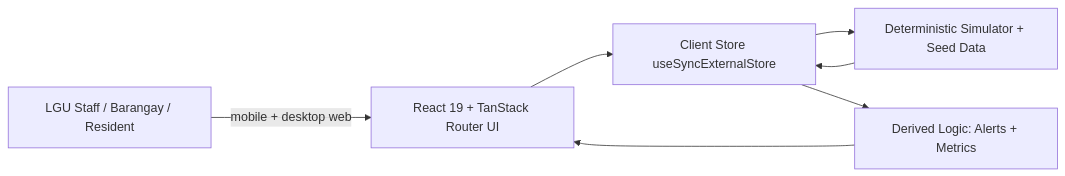
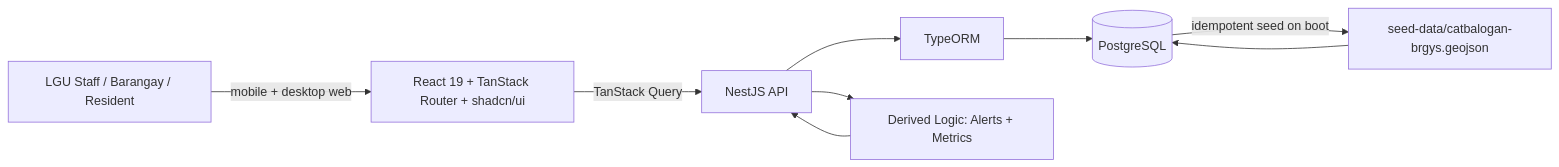
The diagram in docs/architecture.md (JoshuaPadilla/WellPoint), drawn with Mermaid before and after one commit. The commit also changed other lines of this file and 5 other files, not shown here.

````diff
--- a/docs/architecture.md
+++ b/docs/architecture.md
@@ -23,9 +23,11 @@
 ```mermaid
 flowchart LR
-  U[LGU Staff / Barangay / Resident] -->|mobile + desktop web| UI[React 19 + TanStack Router UI]
-  UI --> ST[Client Store useSyncExternalStore]
-  ST --> SIM[Deterministic Simulator + Seed Data]
-  ST --> DER[Derived Logic: Alerts + Metrics]
-  DER --> UI
-  SIM --> ST
+  U[LGU Staff / Barangay / Resident] -->|mobile + desktop web| UI[React 19 + TanStack Router + shadcn/ui]
+  UI -->|TanStack Query| API[NestJS API]
+  API --> ORM[TypeORM]
+  ORM --> DB[(PostgreSQL)]
+  API --> DER[Derived Logic: Alerts + Metrics]
+  DER --> API
+  DB -->|idempotent seed on boot| GEO[seed-data/catbalogan-brgys.geojson]
+  GEO --> DB
 ```
````
